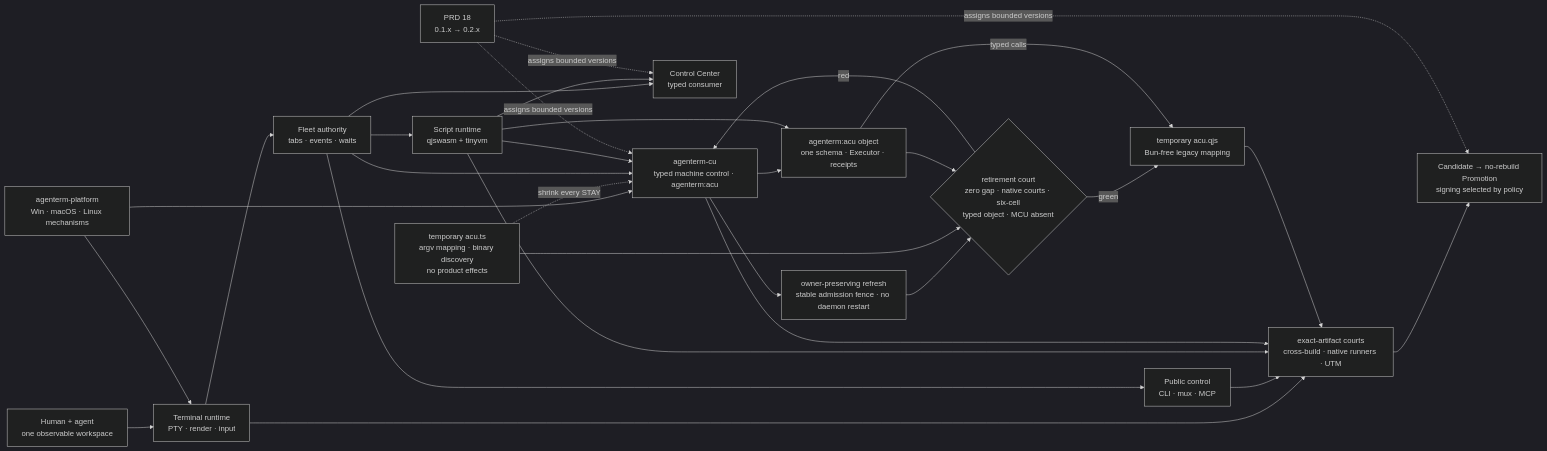
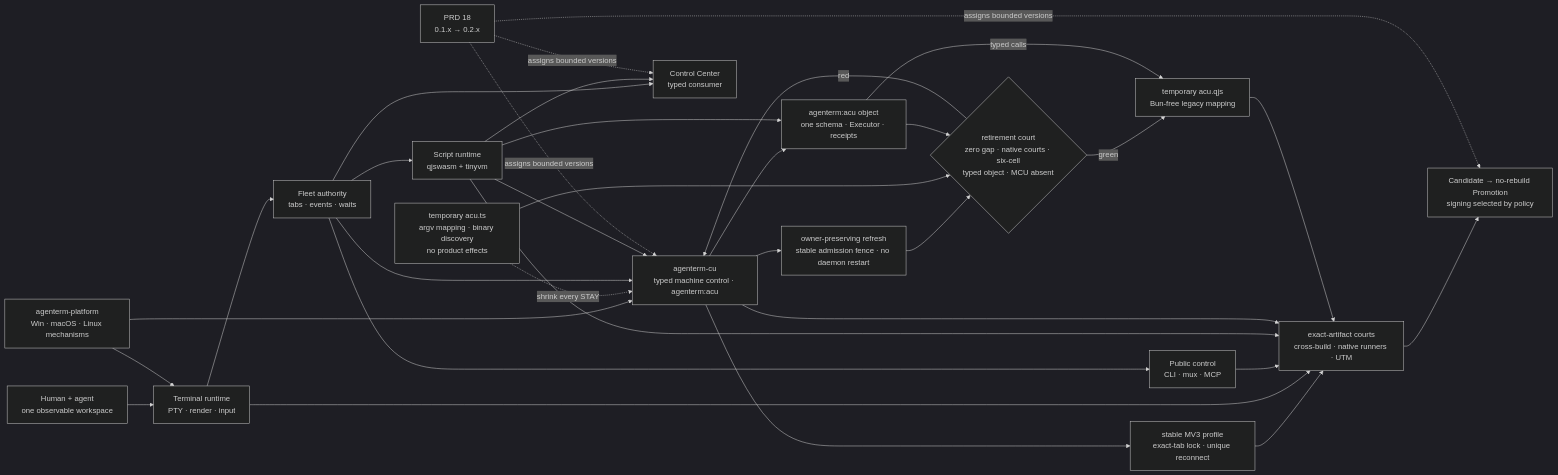
One commit to partnernetsoftware/agenterm changed the diagram in PRD.md. Above: the diagram before and after it, drawn with Mermaid (dark theme). The commit also changed other lines of this file and 24 other files, not shown here.

Commit message:
cu: bind MV3 reload to stable profile identity

````diff
--- a/PRD.md
+++ b/PRD.md
@@ -239,32 +240,34 @@
 ```mermaid
 flowchart LR
   U["Human + agent<br/>one observable workspace"]
   TERM["Terminal runtime<br/>PTY · render · input"]
   FLEET["Fleet authority<br/>tabs · events · waits"]
   CLI["Public control<br/>CLI · mux · MCP"]
   SCRIPT["Script runtime<br/>qjswasm + tinyvm"]
   CU["agenterm-cu<br/>typed machine control · agenterm:acu"]
   ACTS["temporary acu.ts<br/>argv mapping · binary discovery<br/>no product effects"]
   ACUOBJ["agenterm:acu object<br/>one schema · Executor · receipts"]
   ACUQJS["temporary acu.qjs<br/>Bun-free legacy mapping"]
+  BRIDGE["stable MV3 profile<br/>exact-tab lock · unique reconnect"]
   REFRESH["owner-preserving refresh<br/>stable admission fence · no daemon restart"]
   PLATFORM["agenterm-platform<br/>Win · macOS · Linux mechanisms"]
   CC["Control Center<br/>typed consumer"]
   EVIDENCE["exact-artifact courts<br/>cross-build · native runners · UTM"]
   RELEASE["Candidate → no-rebuild Promotion<br/>signing selected by policy"]
   ROAD["PRD 18<br/>0.1.x → 0.2.x"]
 
   U --> TERM --> FLEET --> CLI
   PLATFORM --> TERM & CU
   ACTS -. shrink every STAY .-> CU
   CU --> REFRESH
+  CU --> BRIDGE --> EVIDENCE
   FLEET --> SCRIPT & CU & CC
   SCRIPT --> CU & CC
   CU & SCRIPT --> ACUOBJ
   TERM & CLI & SCRIPT & CU --> EVIDENCE --> RELEASE
   REFRESH & ACTS & ACUOBJ --> RETIRE{"retirement court<br/>zero gap · native courts · six-cell<br/>typed object · MCU absent"}
   RETIRE -->|red| CU
   RETIRE -->|green| ACUQJS
   ACUOBJ -->|typed calls| ACUQJS --> EVIDENCE
   ROAD -. assigns bounded versions .-> CU & CC & RELEASE
 ```
````
